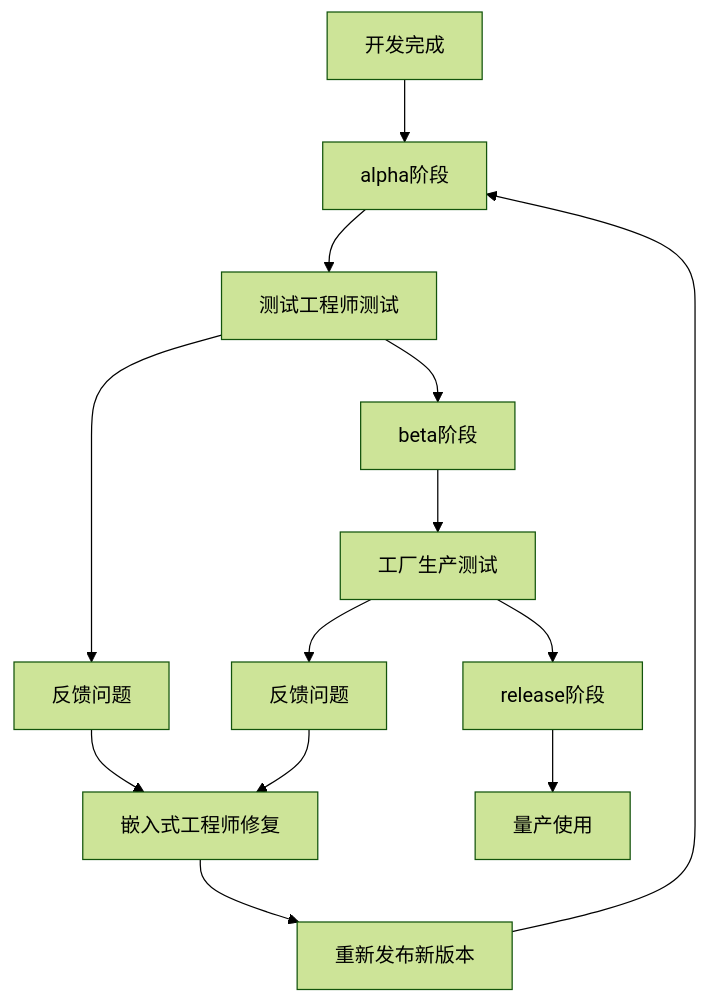
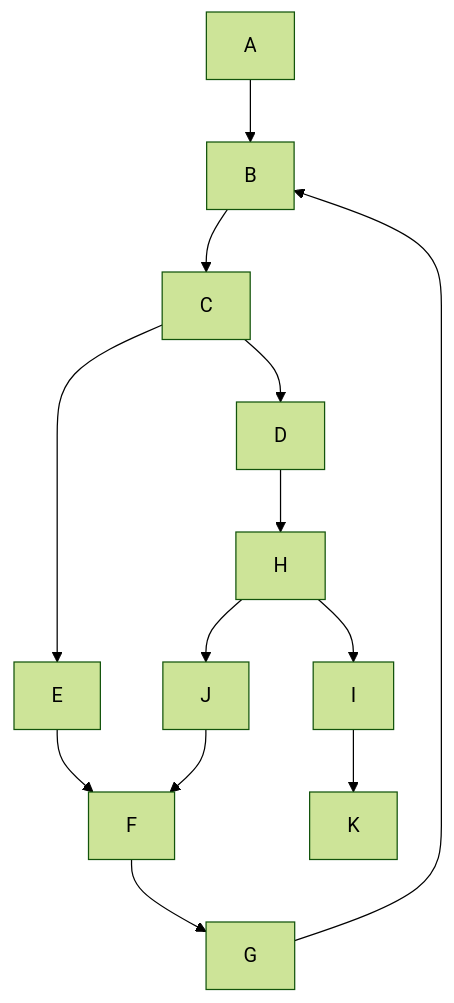
Before and after one commit to drinktoomuchsax/Tangible-Future-Embedded-Dev-Guidelines: the diagram in README.md, drawn with Mermaid (forest theme).

Commit message:
doc: 更新README.md中的流程图，简化连接线，提升整体可读性

````diff
--- a/README.md
+++ b/README.md
@@ -92,17 +92,15 @@
 ```mermaid
 graph TD
-    A[开发完成] --> B[alpha阶段]
-    B --> C[测试工程师测试]
-    C --> D[beta阶段]
-    C --> E[反馈问题]
-    E --> F[嵌入式工程师修复]
-    F --> G[重新发布新版本]
+    A --> B
+    B --> C
+    C --> D
+    C --> E
+    E --> F
+    F --> G
     G --> B
-    
-    D --> H[工厂生产测试]
-    H --> I[release阶段]
-    H --> J[反馈问题]
+    D --> H
+    H --> I
+    H --> J
     J --> F
-    
-    I --> K[量产使用]
+    I --> K
 ```
````
